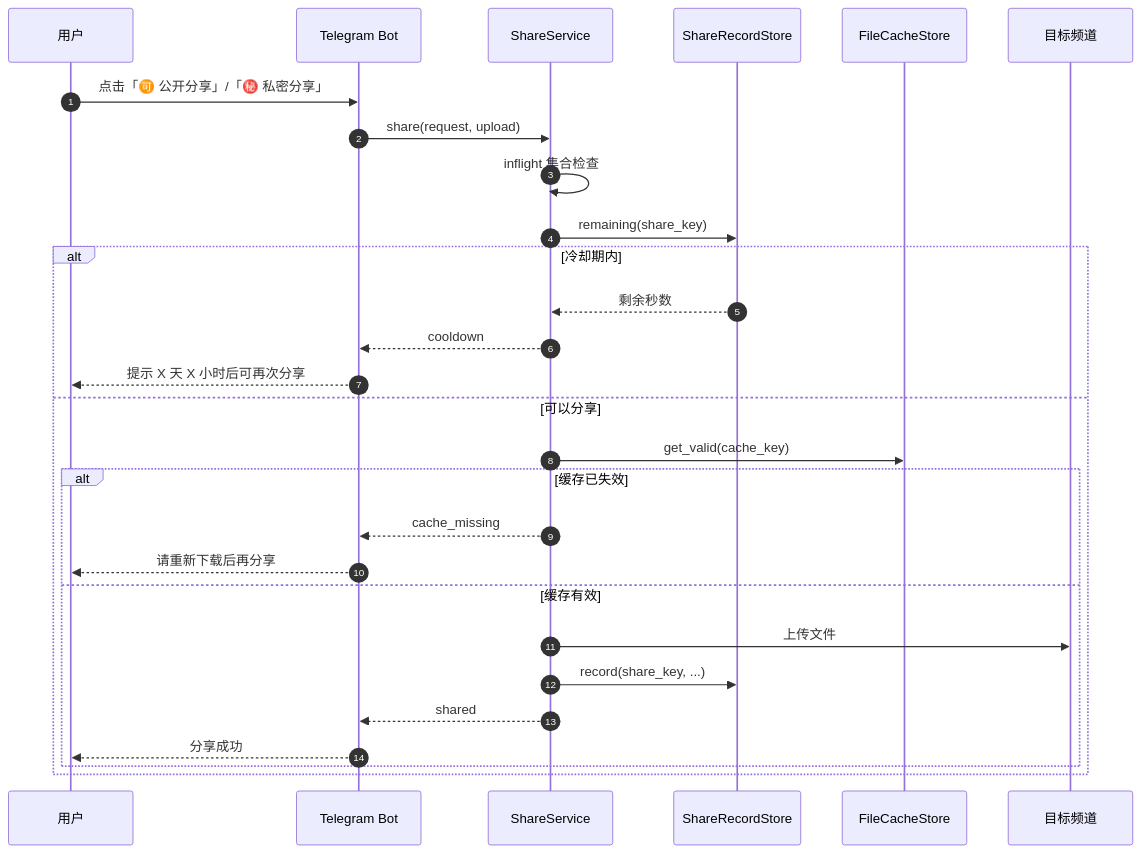
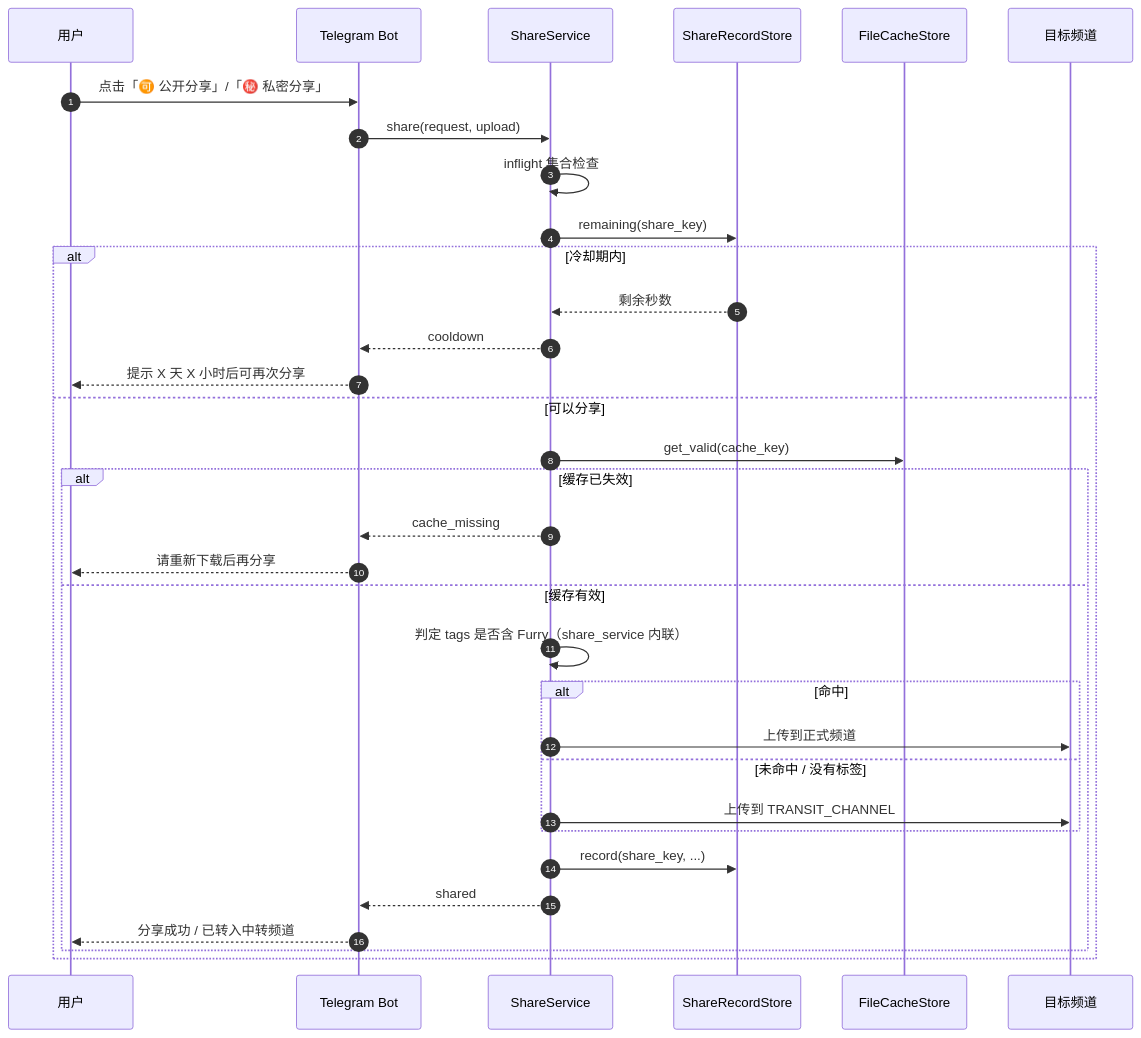
The third of 4 diagrams in docs/05-运行时序.md (DowneyRem/FurryReadingBot), drawn with Mermaid before and after one commit. The commit also changed other lines of this file and 7 other files, not shown here.

````diff
--- a/docs/05-运行时序.md
+++ b/docs/05-运行时序.md
@@ -152,32 +152,37 @@
 ```mermaid
 sequenceDiagram
     autonumber
     participant user as 用户
     participant telegramBot as Telegram Bot
     participant shareService as ShareService
     participant shareRecords as ShareRecordStore
     participant fileCache as FileCacheStore
     participant channel as 目标频道
 
     user->>telegramBot: 点击「🉑 公开分享」/「㊙️ 私密分享」
     telegramBot->>shareService: share(request, upload)
     shareService->>shareService: inflight 集合检查
     shareService->>shareRecords: remaining(share_key)
 
     alt 冷却期内
         shareRecords-->>shareService: 剩余秒数
         shareService-->>telegramBot: cooldown
         telegramBot-->>user: 提示 X 天 X 小时后可再次分享
     else 可以分享
         shareService->>fileCache: get_valid(cache_key)
         alt 缓存已失效
             shareService-->>telegramBot: cache_missing
             telegramBot-->>user: 请重新下载后再分享
         else 缓存有效
-            shareService->>channel: 上传文件
+            shareService->>shareService: 判定 tags 是否含 Furry（share_service 内联）
+            alt 命中 #Furry
+                shareService->>channel: 上传到正式频道
+            else 未命中 / 没有标签
+                shareService->>channel: 上传到 TRANSIT_CHANNEL
+            end
             shareService->>shareRecords: record(share_key, ...)
             shareService-->>telegramBot: shared
-            telegramBot-->>user: 分享成功
+            telegramBot-->>user: 分享成功 / 已转入中转频道
         end
     end
 ```
````
